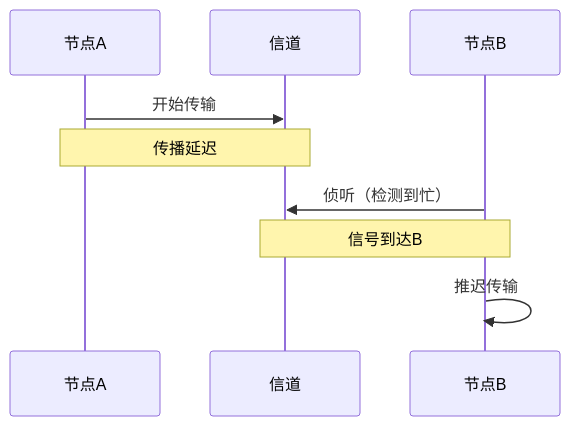
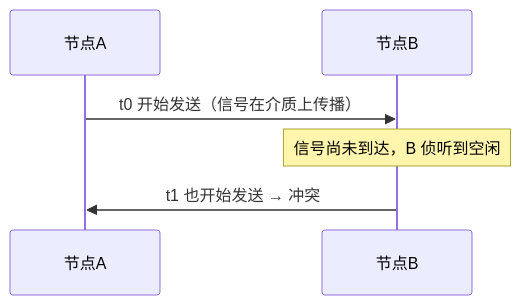
Before and after one commit to Dtheme/CS-base: the third of 7 diagrams in 计算机网络/6.3链路层：多路访问协议.md, drawn with Mermaid. The commit also changed other lines of this file and 51 other files, not shown here.

````diff
--- a/计算机网络/6.3链路层：多路访问协议.md
+++ b/计算机网络/6.3链路层：多路访问协议.md
@@ -294,12 +155,8 @@
 ```mermaid
 sequenceDiagram
     participant A as 节点A
-    participant C as 信道
     participant B as 节点B
-    
-    A->>C: 开始传输
-    Note over A,C: 传播延迟
-    B->>C: 侦听（检测到忙）
-    Note over C,B: 信号到达B
-    B->>B: 推迟传输
+    A->>B: t0 开始发送（信号在介质上传播）
+    Note over B: 信号尚未到达，B 侦听到空闲
+    B->>A: t1 也开始发送 → 冲突
 ```
````
